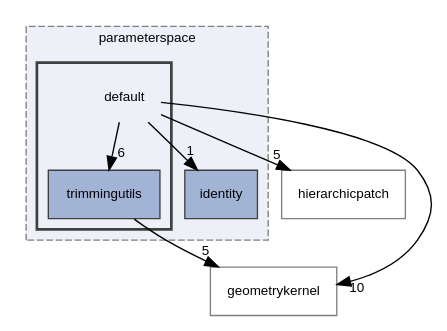
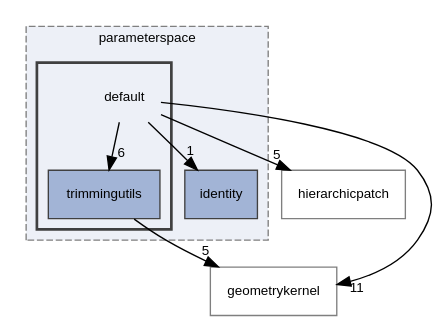
One commit to rath3t/dune-iga-doc changed the diagram in dir_f5de9a83ba433885a90732f39b87e823_dep.dot. Above: the diagram before and after it, drawn with Graphviz. The commit also changed 70 other files, not shown here.

```diff
--- a/dir_f5de9a83ba433885a90732f39b87e823_dep.dot
+++ b/dir_f5de9a83ba433885a90732f39b87e823_dep.dot
@@ -1,23 +1,23 @@
 digraph "default"
 {
  // LATEX_PDF_SIZE
   edge [fontname="Helvetica",fontsize="10",labelfontname="Helvetica",labelfontsize="10"];
   node [fontname="Helvetica",fontsize="10",shape=record];
   compound=true
   subgraph clusterdir_13898c8d649d3f4053b811aa4a00f800 {
     graph [ bgcolor="#edf0f7", pencolor="grey50", style="filled,dashed,", label="parameterspace", fontname="Helvetica", fontsize="10", URL="dir_13898c8d649d3f4053b811aa4a00f800.html"]
   dir_4f9a3fa99cd0e0423c5099ae82deb76f [shape=box, label="identity", style="filled,", fillcolor="#a2b4d6", color="grey25", URL="dir_4f9a3fa99cd0e0423c5099ae82deb76f.html"];
   subgraph clusterdir_f5de9a83ba433885a90732f39b87e823 {
     graph [ bgcolor="#edf0f7", pencolor="grey25", style="filled,bold,", label="", fontname="Helvetica", fontsize="10", URL="dir_f5de9a83ba433885a90732f39b87e823.html"]
     dir_f5de9a83ba433885a90732f39b87e823 [shape=plaintext, label="default"];
   dir_38776cb65d46f8937d679d1e10eb1d6d [shape=box, label="trimmingutils", style="filled,", fillcolor="#a2b4d6", color="grey25", URL="dir_38776cb65d46f8937d679d1e10eb1d6d.html"];
   }
   }
   dir_12fc9e68aad46ae2d80ba50ef1c96d76 [shape=box, label="hierarchicpatch", style="", fillcolor="#edf0f7", color="grey50", URL="dir_12fc9e68aad46ae2d80ba50ef1c96d76.html"];
   dir_98571e7345f7327fea7723ec1a12d870 [shape=box, label="geometrykernel", style="", fillcolor="#edf0f7", color="grey50", URL="dir_98571e7345f7327fea7723ec1a12d870.html"];
   dir_f5de9a83ba433885a90732f39b87e823->dir_12fc9e68aad46ae2d80ba50ef1c96d76 [headlabel="5", labeldistance=1.5 headhref="dir_000001_000007.html"];
   dir_f5de9a83ba433885a90732f39b87e823->dir_38776cb65d46f8937d679d1e10eb1d6d [headlabel="6", labeldistance=1.5 headhref="dir_000001_000018.html"];
   dir_f5de9a83ba433885a90732f39b87e823->dir_4f9a3fa99cd0e0423c5099ae82deb76f [headlabel="1", labeldistance=1.5 headhref="dir_000001_000008.html"];
-  dir_f5de9a83ba433885a90732f39b87e823->dir_98571e7345f7327fea7723ec1a12d870 [headlabel="10", labeldistance=1.5 headhref="dir_000001_000006.html"];
+  dir_f5de9a83ba433885a90732f39b87e823->dir_98571e7345f7327fea7723ec1a12d870 [headlabel="11", labeldistance=1.5 headhref="dir_000001_000006.html"];
   dir_38776cb65d46f8937d679d1e10eb1d6d->dir_98571e7345f7327fea7723ec1a12d870 [headlabel="5", labeldistance=1.5 headhref="dir_000018_000006.html"];
 }
```
